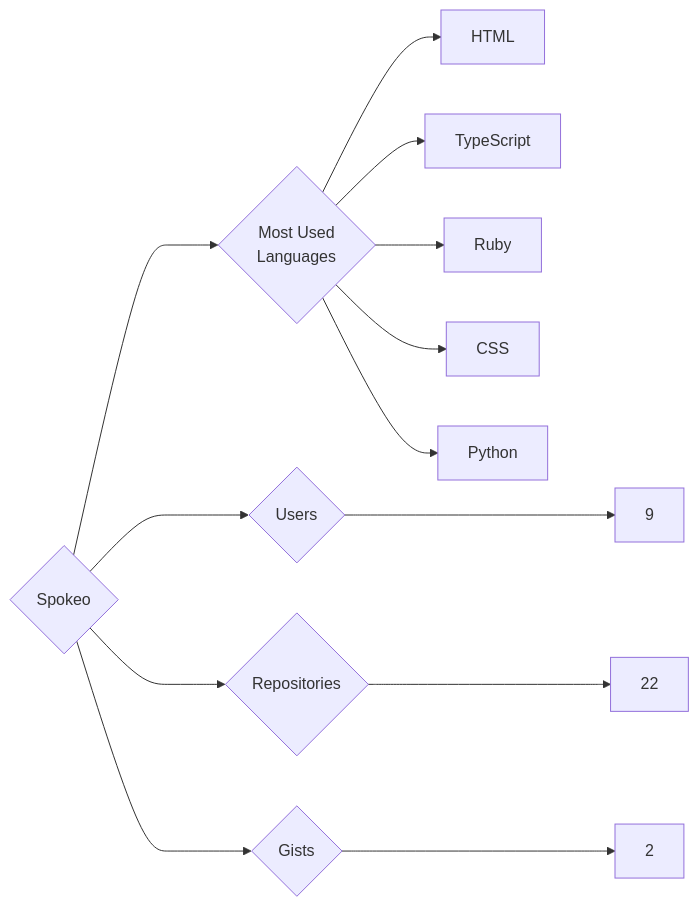
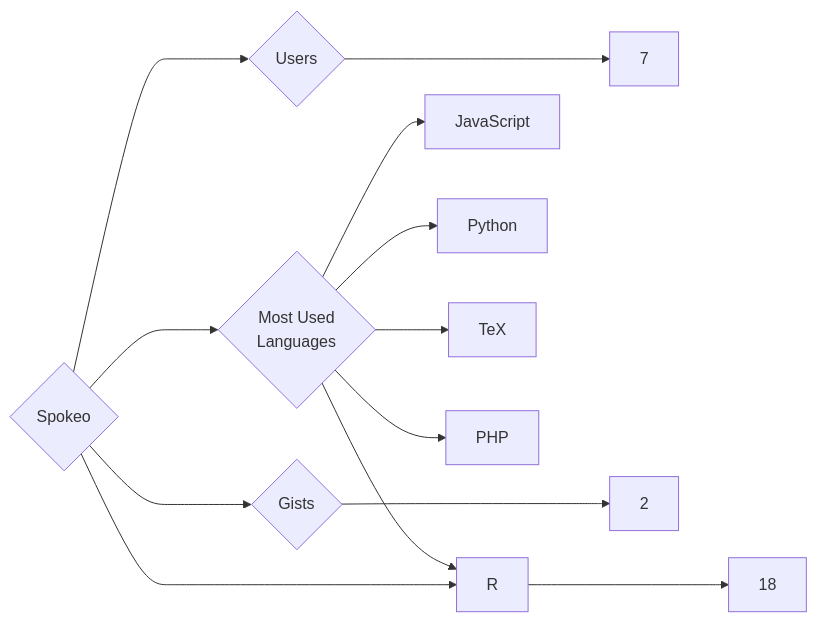
One commit to trickest/insiders changed the diagram in targets/Spokeo/README.md. Above: the diagram before and after it, drawn with Mermaid. The commit also changed 1011 other files, not shown here.

````diff
--- a/targets/Spokeo/README.md
+++ b/targets/Spokeo/README.md
@@ -3,13 +3,13 @@
 ```mermaid
 graph LR
 COMPANY_NAME{Spokeo}
-COMPANY_NAME ---> U{Users} ---> UN[9]
-COMPANY_NAME ---> R{Repositories} ---> RN[22]
+COMPANY_NAME ---> U{Users} ---> UN[7]
+COMPANY_NAME ---> R{Repositories} ---> RN[18]
 COMPANY_NAME ---> G{Gists} ---> GN[2]
 COMPANY_NAME ---> ML{Most Used<br>Languages}
-ML --> HTML[HTML]
-ML --> TypeScript[TypeScript]
-ML --> Ruby[Ruby]
-ML --> CSS[CSS]
+ML --> JavaScript[JavaScript]
+ML --> R[R]
 ML --> Python[Python]
+ML --> TeX[TeX]
+ML --> PHP[PHP]
 ```
````
